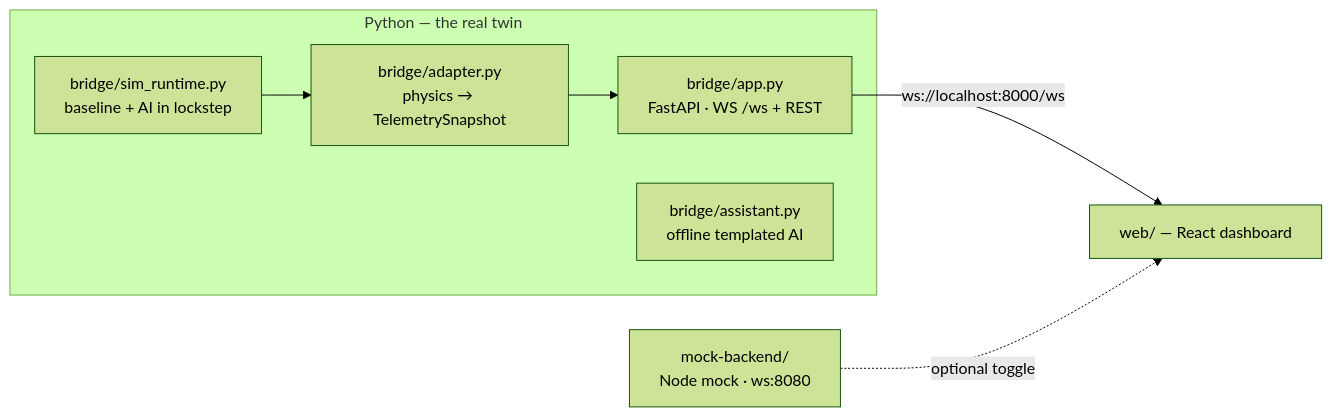
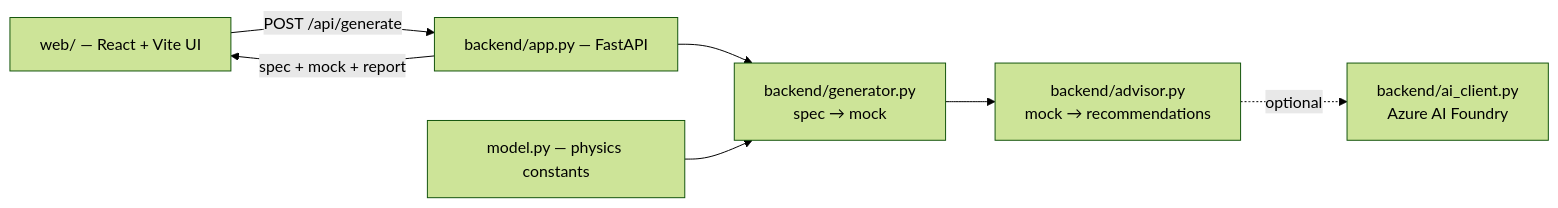
The diagram in README.md (EnnyA28/Microsoft_Hackathon_26), drawn with Mermaid (forest theme) before and after one commit. The commit also changed other lines of this file and 66 other files, not shown here.

````diff
--- a/README.md
+++ b/README.md
@@ -93,10 +22,9 @@
 ```mermaid
 flowchart LR
-    subgraph py[Python — the real twin]
-      RT[bridge/sim_runtime.py<br/>baseline + AI in lockstep] --> AD[bridge/adapter.py<br/>physics → TelemetrySnapshot]
-      AD --> API[bridge/app.py<br/>FastAPI · WS /ws + REST]
-      ASK[bridge/assistant.py<br/>offline templated AI]
-    end
-    API -->|ws://localhost:8000/ws| UI[web/ — React dashboard]
-    MOCK[mock-backend/<br/>Node mock · ws:8080] -. optional toggle .-> UI
+    UI[web/ — React + Vite UI] -->|POST /api/generate| API[backend/app.py — FastAPI]
+    API --> GEN[backend/generator.py<br/>spec → mock]
+    GEN --> ADV[backend/advisor.py<br/>mock → recommendations]
+    ADV -. optional .-> AI[backend/ai_client.py<br/>Azure AI Foundry]
+    PHYS[model.py — physics constants] --> GEN
+    API -->|spec + mock + report| UI
 ```
````
